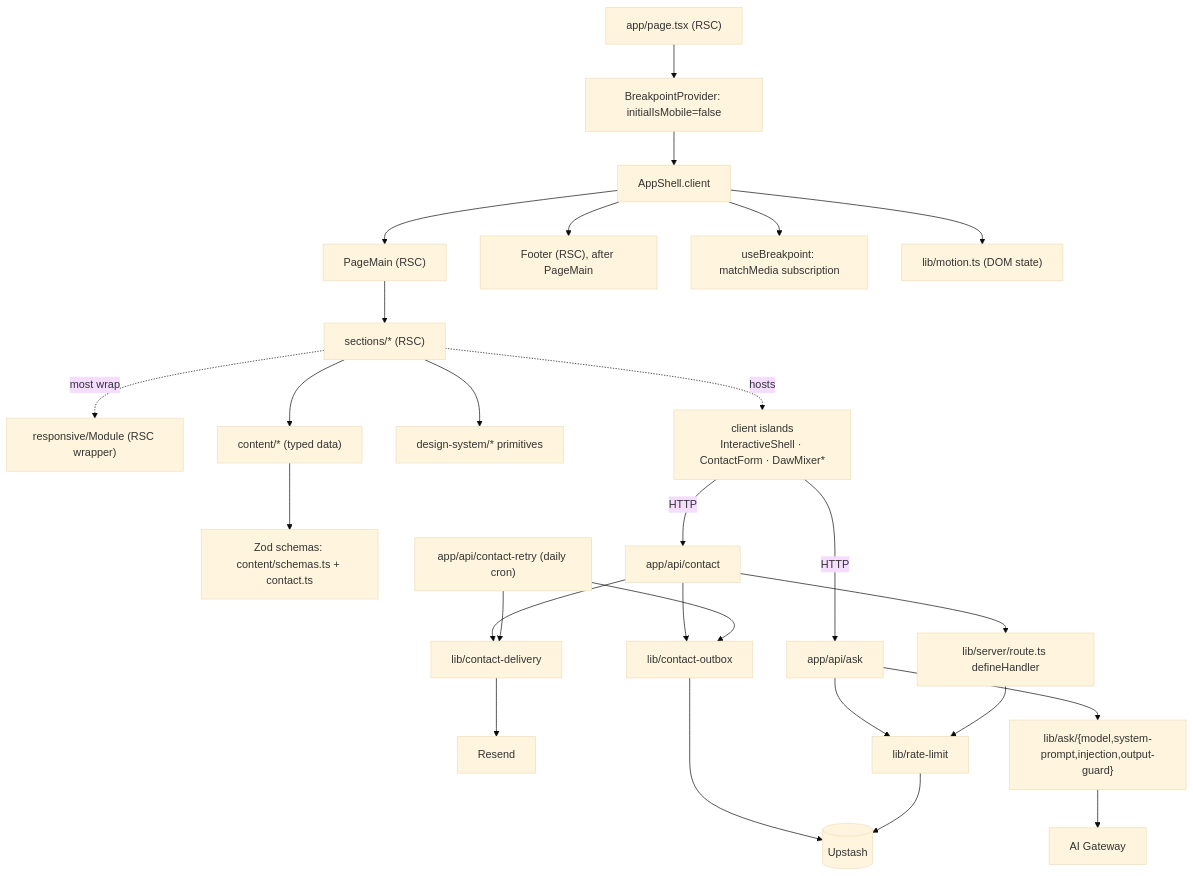
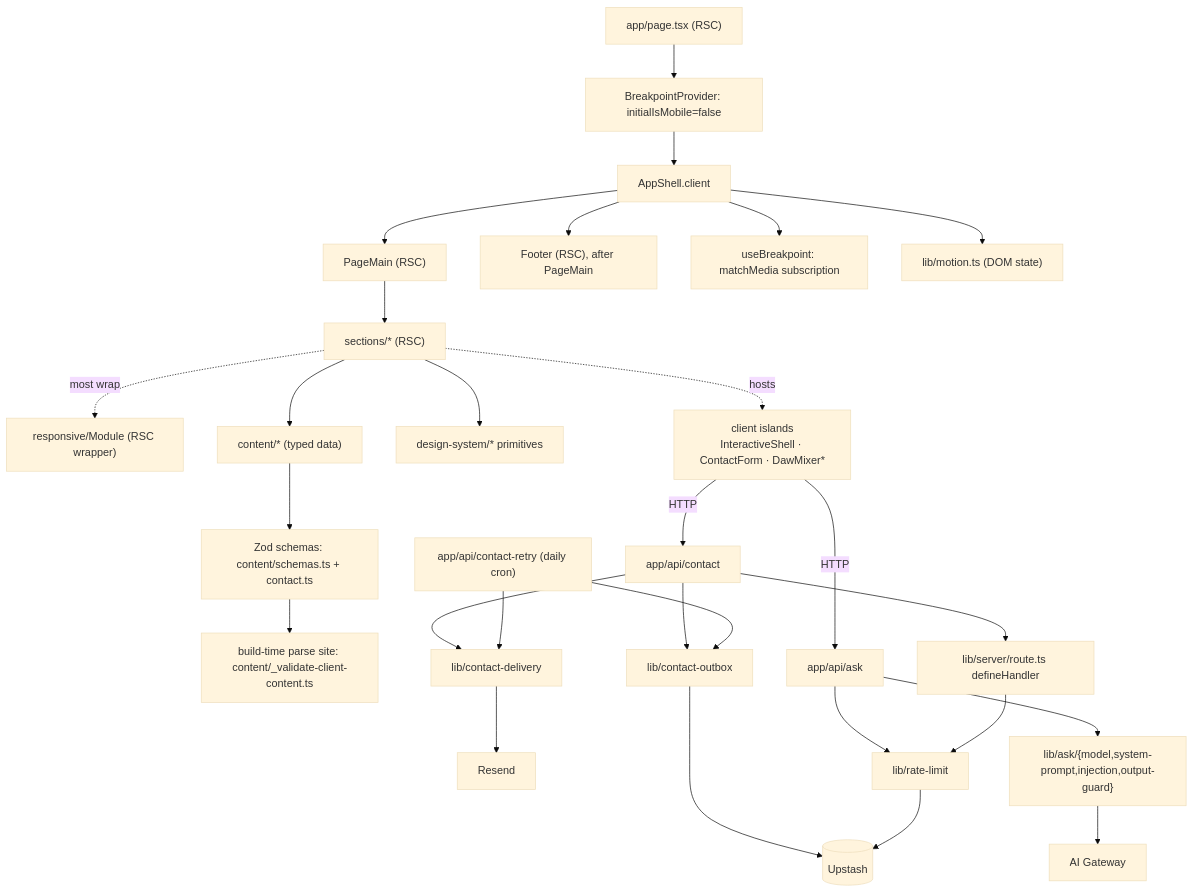
Before and after one commit to erikunha/portfolio: the third of 3 diagrams in docs/01-architecture.md, drawn with Mermaid (base theme). The commit also changed other lines of this file and 12 other files, not shown here.

First line of the commit message:
fix(content): parse the topbar chrome and pin the motion tiers

````diff
--- a/docs/01-architecture.md
+++ b/docs/01-architecture.md
@@ -96,29 +97,30 @@
 ```mermaid
 flowchart TD
     page["app/page.tsx (RSC)"] --> bp["BreakpointProvider: initialIsMobile=false"]
     bp --> shell["AppShell.client"]
     shell --> main["PageMain (RSC)"]
     main --> sectionN["sections/* (RSC)"]
     shell --> footer["Footer (RSC), after PageMain"]
     sectionN -. most wrap .-> module["responsive/Module (RSC wrapper)"]
     sectionN --> content["content/* (typed data)"]
     sectionN --> dsprim["design-system/* primitives"]
     sectionN -. hosts .-> island["client islands<br/>InteractiveShell · ContactForm · DawMixer*"]
     content --> schemas["Zod schemas: content/schemas.ts + contact.ts"]
+    schemas --> gate["build-time parse site: content/_validate-client-content.ts"]
     island -->|HTTP| apiask["app/api/ask"]
     island -->|HTTP| apicontact["app/api/contact"]
     apicontact --> defh["lib/server/route.ts defineHandler"]
     apicontact --> delivery["lib/contact-delivery"]
     apicontact --> outbox["lib/contact-outbox"]
     retry["app/api/contact-retry (daily cron)"] --> delivery
     retry --> outbox
     outbox --> redis
     delivery --> resend["Resend"]
     apiask --> rl["lib/rate-limit"]
     apiask --> askmod["lib/ask/{model,system-prompt,injection,output-guard}"]
     defh --> rl
     rl --> redis[("Upstash")]
     askmod --> gw["AI Gateway"]
     shell --> media["useBreakpoint: matchMedia subscription"]
     shell --> motion["lib/motion.ts (DOM state)"]
 ```
````
